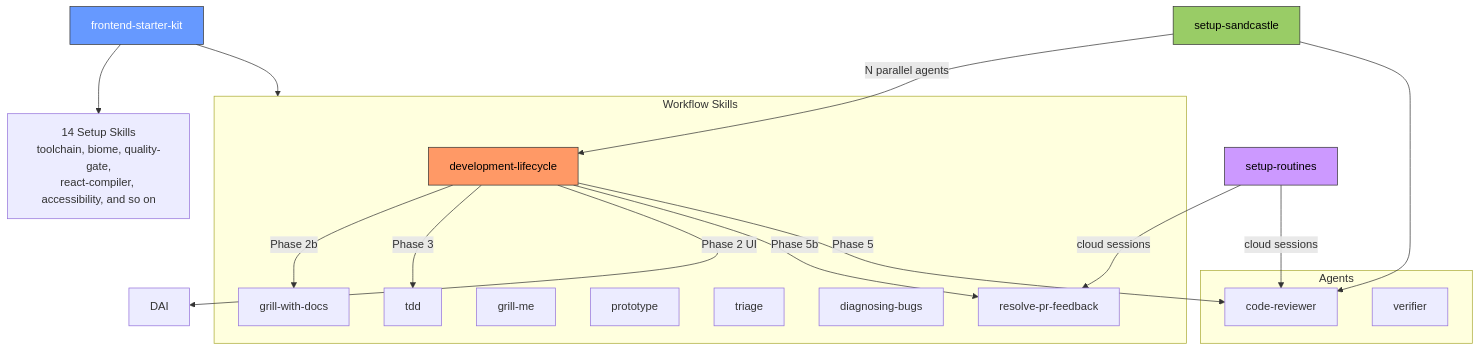
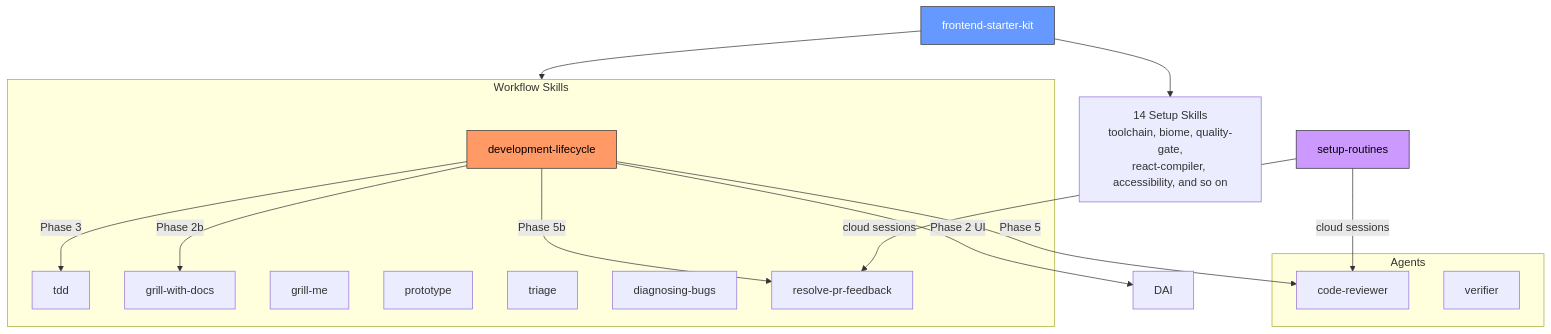
Before and after one commit to malinskibeniamin/skills: the fifth of 6 diagrams in README.md, drawn with Mermaid. The commit also changed other lines of this file and 11 other files, not shown here.

First line of the commit message:
refactor(skills): remove setup-sandcastle per review feedback

````diff
--- a/README.md
+++ b/README.md
@@ -992,43 +979,39 @@
 ```mermaid
 graph TD
     FSK["frontend-starter-kit"]
     Setup["14 Setup Skills\ntoolchain, biome, quality-gate,\nreact-compiler, accessibility, and so on"]
-    SC[setup-sandcastle]
     RT[setup-routines]
 
     subgraph Workflow["Workflow Skills"]
         DL["development-lifecycle"]
         TDD[tdd]
         DM[grill-with-docs]
         GM[grill-me]
         PROTO[prototype]
         TR[triage]
         DIAG[diagnosing-bugs]
         RPF[resolve-pr-feedback]
     end
 
     subgraph Agents
         CR[code-reviewer]
         VER[verifier]
     end
 
     FSK --> Setup
     FSK --> Workflow
 
     DL -- "Phase 2b" --> DM
     DL -- "Phase 3" --> TDD
     DL -- "Phase 2 UI" --> DAI
     DL -- "Phase 5b" --> RPF
     DL -- "Phase 5" --> CR
 
-    SC -- "N parallel agents" --> DL
-    SC --> CR
 
     RT -- "cloud sessions" --> RPF
     RT -- "cloud sessions" --> CR
 
     style DL fill:#f96,stroke:#333,color:#000
     style FSK fill:#69f,stroke:#333,color:#fff
-    style SC fill:#9c6,stroke:#333,color:#000
     style RT fill:#c9f,stroke:#333,color:#000
 ```
````
